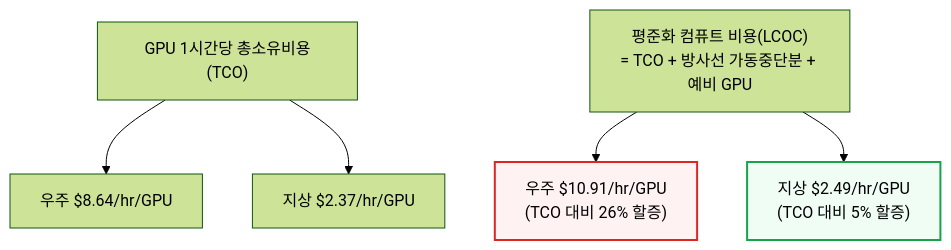
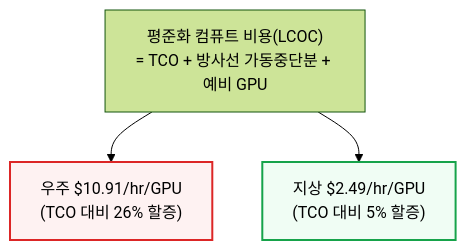
One commit to yohan4477/semi-report changed diagram 19 of 32 in content/newsletter/ai_infra/business/[260603] 우주로 담대하게 - 우주 데이터센터의 경제성.md. Above: the diagram before and after it, drawn with Mermaid (forest theme). The commit also changed other lines of this file, not shown here.

Commit message:
Complete all 15 sections + verification fixes for 우주 데이터센터 TCO translation

````diff
--- a/content/newsletter/ai_infra/business/[260603] 우주로 담대하게 - 우주 데이터센터의 경제성.md
+++ b/content/newsletter/ai_infra/business/[260603] 우주로 담대하게 - 우주 데이터센터의 경제성.md
@@ -331,11 +348,8 @@
 ```mermaid
 flowchart TD
-    TCO["GPU 1시간당 총소유비용(TCO)"] --> TCOSpace["우주 $8.64/hr/GPU"]
-    TCO --> TCOEarth["지상 $2.37/hr/GPU"]
-
     LCOC["평준화 컴퓨트 비용(LCOC)<br/>= TCO + 방사선 가동중단분 + 예비 GPU"] --> LCOCSpace["우주 $10.91/hr/GPU<br/>(TCO 대비 26% 할증)"]
     LCOC --> LCOCEarth["지상 $2.49/hr/GPU<br/>(TCO 대비 5% 할증)"]
 
     style LCOCSpace fill:#fef2f2,stroke:#dc2626,stroke-width:2px
     style LCOCEarth fill:#f0fdf4,stroke:#16a34a,stroke-width:2px
 ```
````
